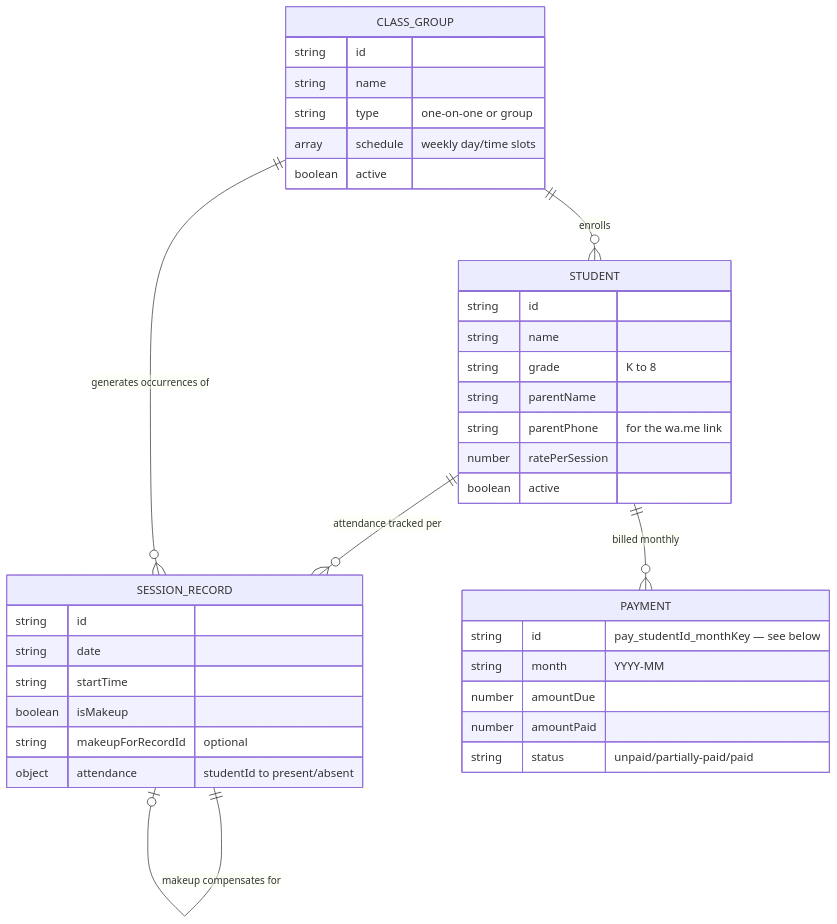
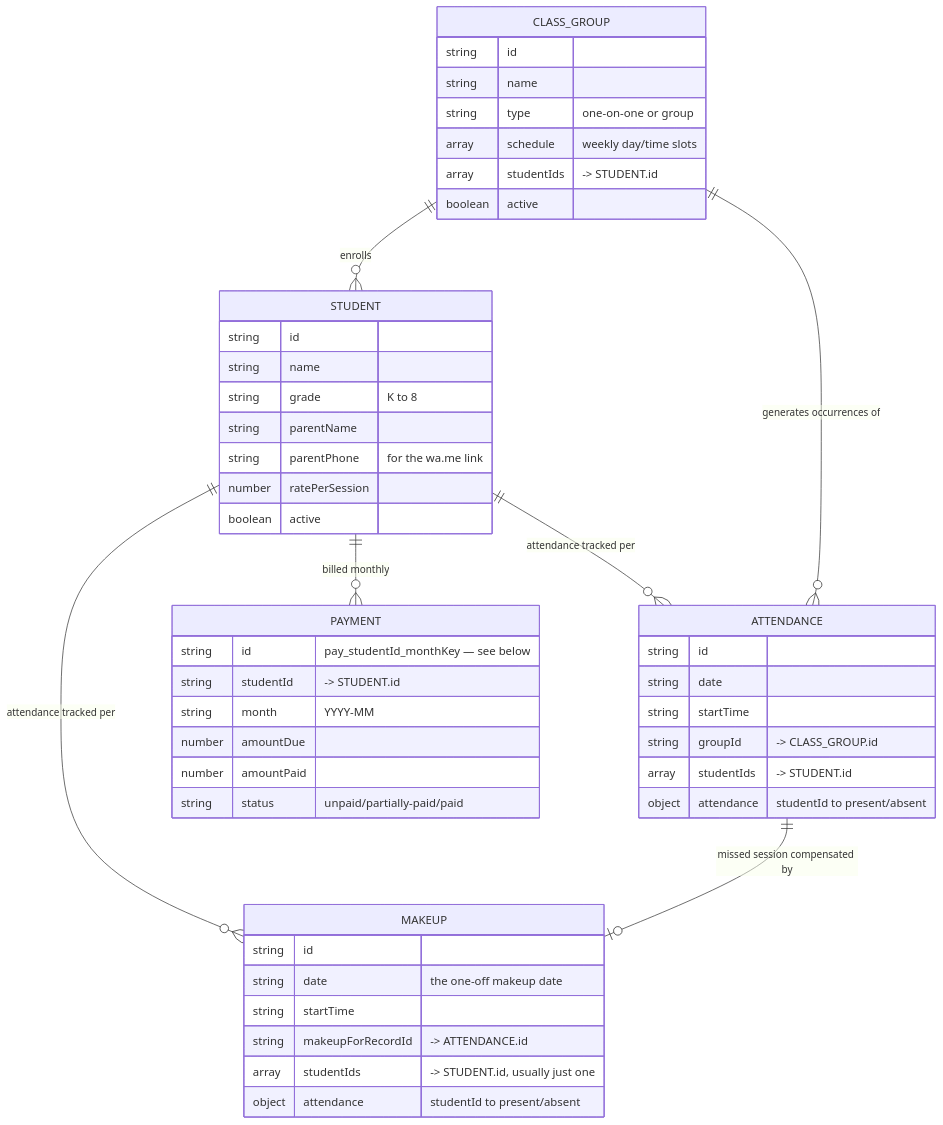
One commit to daljeetss/Student_Inventory changed the third of 3 diagrams in DESIGN.md. Above: the diagram before and after it, drawn with Mermaid. The commit also changed other lines of this file and 5 other files, not shown here.

````diff
--- a/DESIGN.md
+++ b/DESIGN.md
@@ -92,40 +104,51 @@
 ```mermaid
 erDiagram
-    STUDENT ||--o{ SESSION_RECORD : "attendance tracked per"
+    STUDENT ||--o{ ATTENDANCE : "attendance tracked per"
+    STUDENT ||--o{ MAKEUP : "attendance tracked per"
     STUDENT ||--o{ PAYMENT : "billed monthly"
     CLASS_GROUP ||--o{ STUDENT : "enrolls"
-    CLASS_GROUP ||--o{ SESSION_RECORD : "generates occurrences of"
-    SESSION_RECORD ||--o| SESSION_RECORD : "makeup compensates for"
+    CLASS_GROUP ||--o{ ATTENDANCE : "generates occurrences of"
+    ATTENDANCE ||--o| MAKEUP : "missed session compensated by"
 
     STUDENT {
         string id
         string name
         string grade "K to 8"
         string parentName
         string parentPhone "for the wa.me link"
         number ratePerSession
         boolean active
     }
     CLASS_GROUP {
         string id
         string name
         string type "one-on-one or group"
         array schedule "weekly day/time slots"
+        array studentIds "-> STUDENT.id"
         boolean active
     }
-    SESSION_RECORD {
+    ATTENDANCE {
         string id
         string date
         string startTime
-        boolean isMakeup
-        string makeupForRecordId "optional"
+        string groupId "-> CLASS_GROUP.id"
+        array studentIds "-> STUDENT.id"
+        object attendance "studentId to present/absent"
+    }
+    MAKEUP {
+        string id
+        string date "the one-off makeup date"
+        string startTime
+        string makeupForRecordId "-> ATTENDANCE.id"
+        array studentIds "-> STUDENT.id, usually just one"
         object attendance "studentId to present/absent"
     }
     PAYMENT {
         string id "pay_studentId_monthKey — see below"
+        string studentId "-> STUDENT.id"
         string month "YYYY-MM"
         number amountDue
         number amountPaid
         string status "unpaid/partially-paid/paid"
     }
 ```
````
